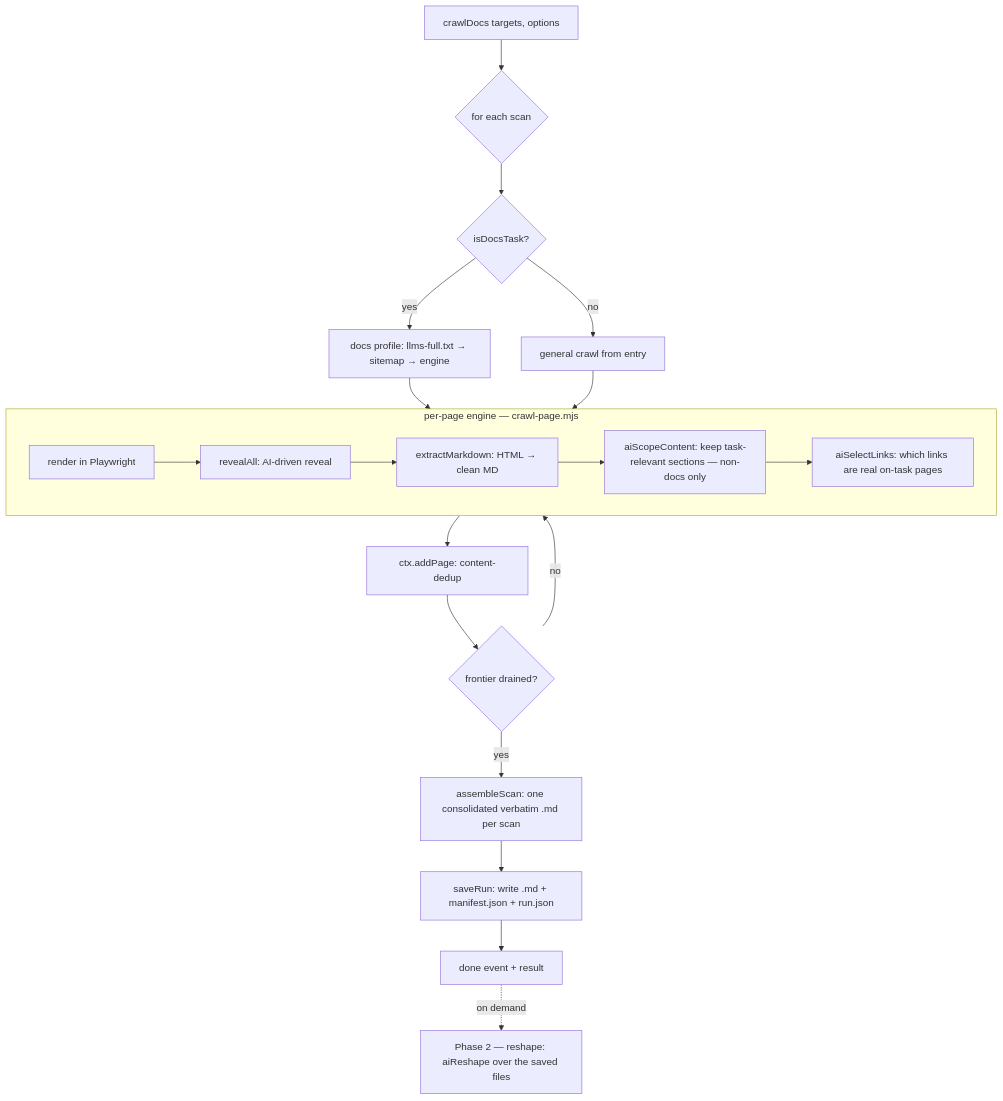
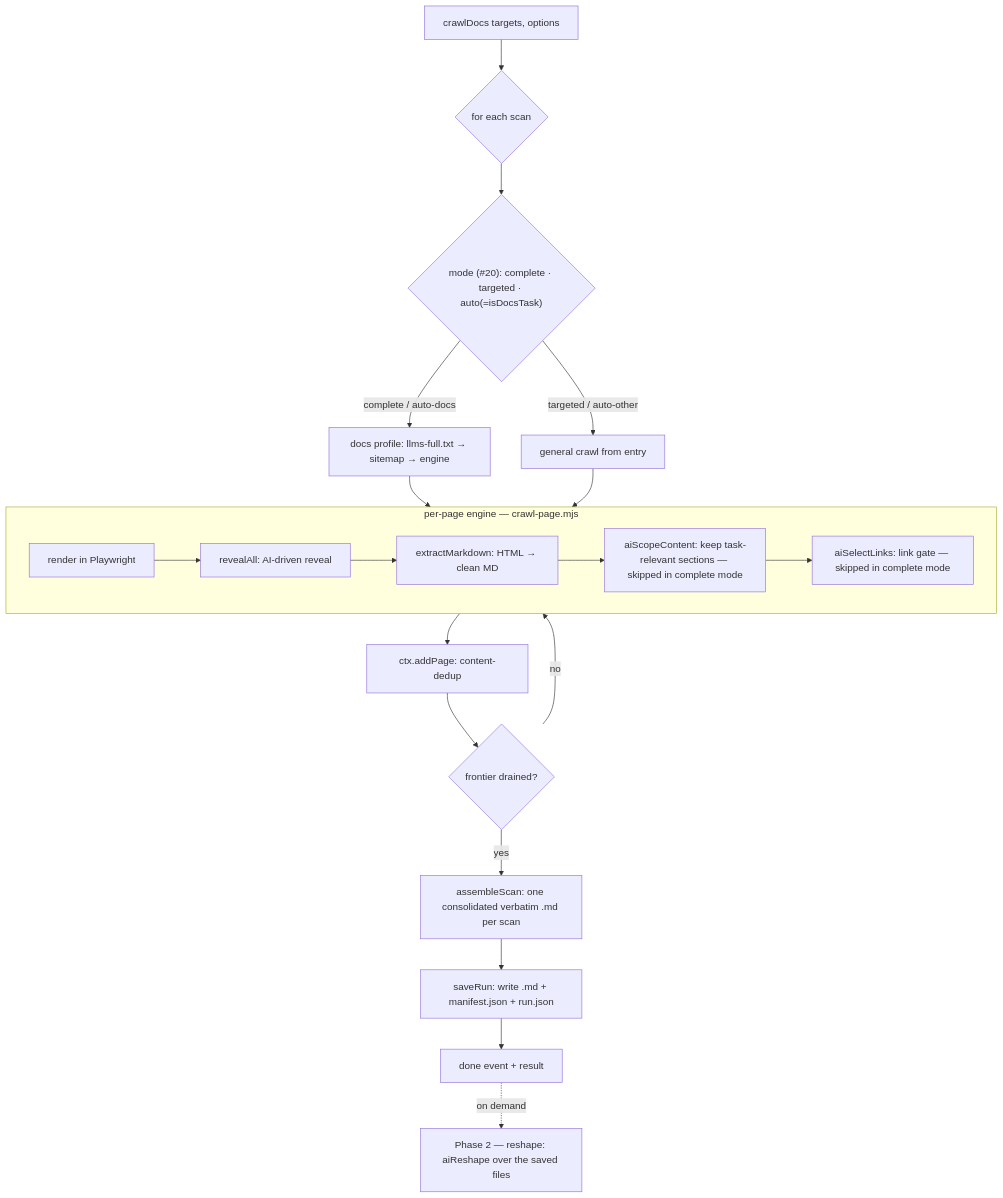
Before and after one commit to BogdanVasaiu/crawldna: the diagram in ARCHITECTURE.md, drawn with Mermaid. The commit also changed other lines of this file and 10 other files, not shown here.

First line of the commit message:
Engine: explicit mode complete/targeted replaces task sniffing (#20)

````diff
--- a/ARCHITECTURE.md
+++ b/ARCHITECTURE.md
@@ -61,24 +61,24 @@
 ```mermaid
 flowchart TD
   A[crawlDocs targets, options] --> B{for each scan}
-  B --> D{isDocsTask?}
-  D -- yes --> E[docs profile: llms-full.txt → sitemap → engine]
-  D -- no  --> F[general crawl from entry]
+  B --> D{"mode (#20): complete · targeted · auto(=isDocsTask)"}
+  D -- complete / auto-docs --> E[docs profile: llms-full.txt → sitemap → engine]
+  D -- targeted / auto-other --> F[general crawl from entry]
   E --> G[per-page engine]
   F --> G
 
   subgraph G [per-page engine — crawl-page.mjs]
     G1[render in Playwright] --> G2[revealAll: AI-driven reveal]
     G2 --> G3[extractMarkdown: HTML → clean MD]
-    G3 --> G4[aiScopeContent: keep task-relevant sections — non-docs only]
-    G4 --> G5[aiSelectLinks: which links are real on-task pages]
+    G3 --> G4[aiScopeContent: keep task-relevant sections — skipped in complete mode]
+    G4 --> G5[aiSelectLinks: link gate — skipped in complete mode]
   end
 
   G --> H[ctx.addPage: content-dedup]
   H --> I{frontier drained?}
   I -- no --> G
   I -- yes --> J[assembleScan: one consolidated verbatim .md per scan]
   J --> K[saveRun: write .md + manifest.json + run.json]
   K --> L[done event + result]
   L -. on demand .-> M[Phase 2 — reshape: aiReshape over the saved files]
 ```
````
